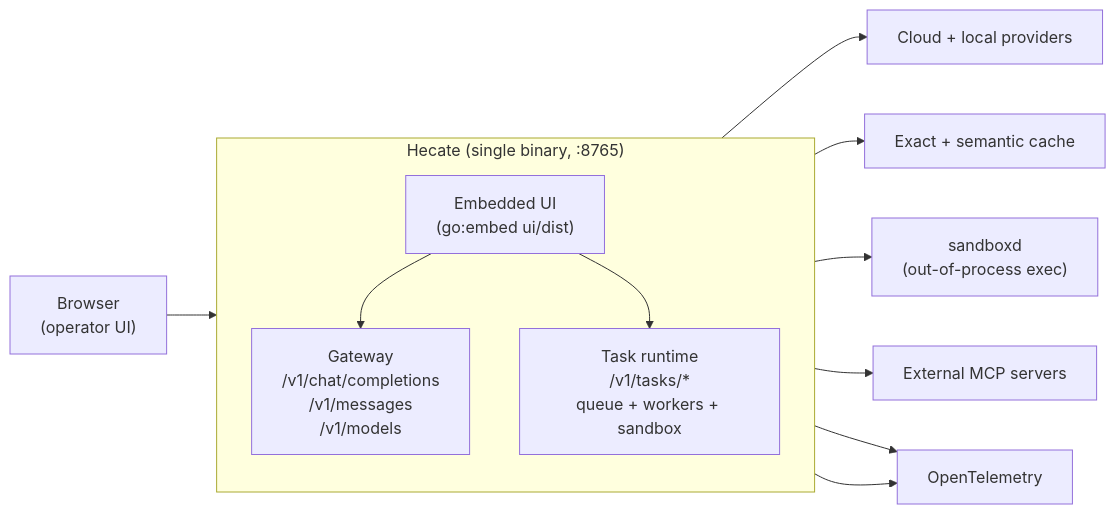
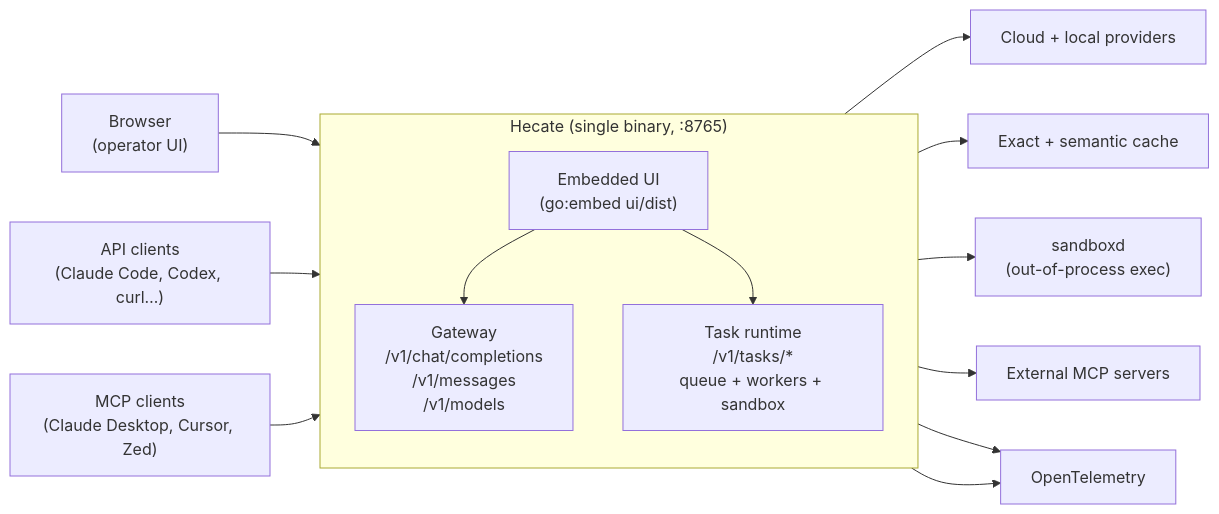
The diagram in README.md (hecatehq/hecate), drawn with Mermaid before and after one commit.

Commit message:
docs: add API clients and MCP clients to architecture diagram

````diff
--- a/README.md
+++ b/README.md
@@ -141,22 +141,26 @@
 ```mermaid
 flowchart LR
     Browser["Browser<br/>(operator UI)"]
+    APIClients["API clients<br/>(Claude Code, Codex, curl…)"]
+    MCPClients["MCP clients<br/>(Claude Desktop, Cursor, Zed)"]
 
     subgraph Hecate["Hecate (single binary, :8765)"]
         direction TB
         Gateway["Gateway<br/>/v1/chat/completions<br/>/v1/messages<br/>/v1/models"]
         Runtime["Task runtime<br/>/v1/tasks/*<br/>queue + workers + sandbox"]
         UI["Embedded UI<br/>(go:embed ui/dist)"]
     end
 
     Browser --> UI
     UI --> Gateway
     UI --> Runtime
+    APIClients --> Gateway
+    MCPClients --> Gateway
 
     Gateway --> Providers["Cloud + local providers"]
     Gateway --> Cache["Exact + semantic cache"]
     Runtime --> Sandbox["sandboxd<br/>(out-of-process exec)"]
     Runtime --> MCP["External MCP servers"]
     Gateway --> OTel["OpenTelemetry"]
     Runtime --> OTel
 ```
````
